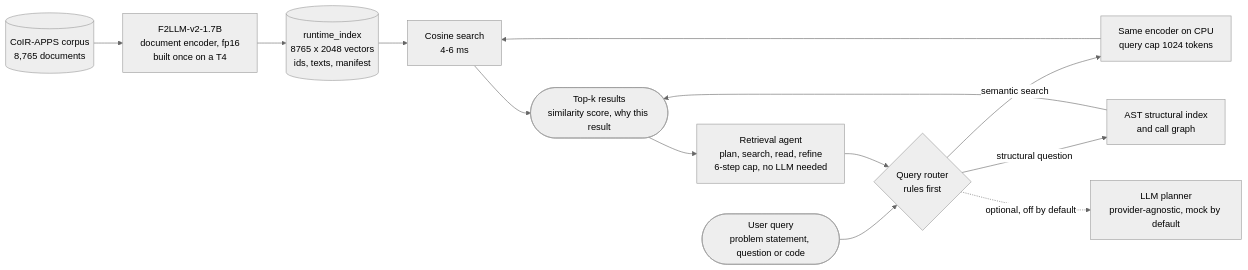
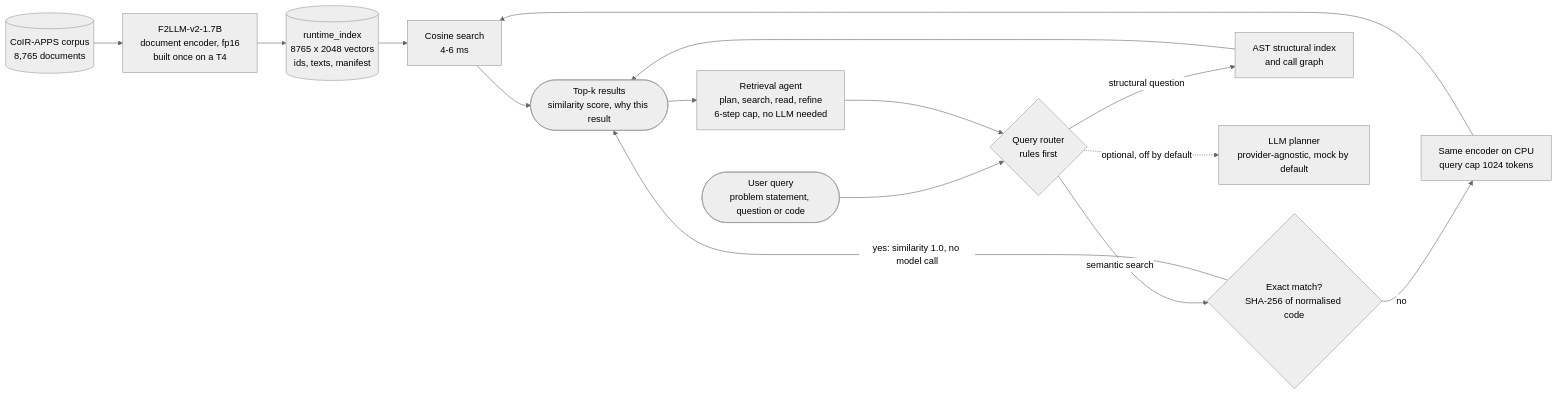
The second of 6 diagrams in README.md (dhruvvvgg/samsungprism-teamdiamonds-01), drawn with Mermaid before and after one commit. The commit also changed other lines of this file, not shown here.

````diff
--- a/README.md
+++ b/README.md
@@ -128,17 +153,19 @@
 ```mermaid
 %%{init: {'theme': 'neutral'}}%%
 flowchart LR
     C[("CoIR-APPS corpus<br/>8,765 documents")] --> E1["F2LLM-v2-1.7B<br/>document encoder, fp16<br/>built once on a T4"]
     E1 --> IDX[("runtime_index<br/>8765 x 2048 vectors<br/>ids, texts, manifest")]
 
     Q(["User query<br/>problem statement, question or code"]) --> R{"Query router<br/>rules first"}
-    R -->|"semantic search"| E2["Same encoder on CPU<br/>query cap 1024 tokens"]
+    R -->|"semantic search"| X{"Exact match?<br/>SHA-256 of normalised code"}
+    X -->|"no"| E2["Same encoder on CPU<br/>query cap 1024 tokens"]
     E2 --> S["Cosine search<br/>4-6 ms"]
     IDX --> S
     S --> T(["Top-k results<br/>similarity score, why this result"])
+    X -->|"yes: similarity 1.0, no model call"| T
     R -->|"structural question"| ST["AST structural index<br/>and call graph"]
     ST --> T
     R -.->|"optional, off by default"| LLM["LLM planner<br/>provider-agnostic, mock by default"]
     A["Retrieval agent<br/>plan, search, read, refine<br/>6-step cap, no LLM needed"] --> R
     T --> A
 ```
````
